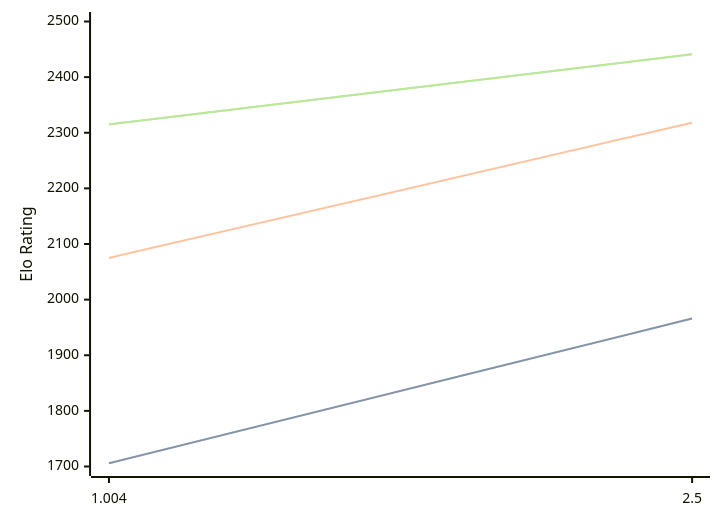
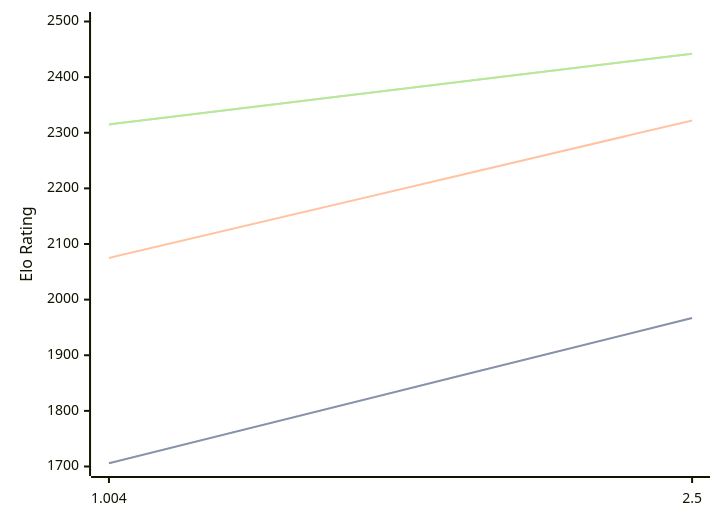
The diagram in engines/Ares.md (computer-chess-index/cci), drawn with Mermaid before and after one commit. The commit also changed other lines of this file, not shown here.

Commit message:
Update CCI Ratings (ELO VLTC) - 2026-08-27

````diff
--- a/engines/Ares.md
+++ b/engines/Ares.md
@@ -32,11 +32,11 @@
 ```mermaid
 %%{init: {"theme":"base","themeVariables":{"seriesColors:['#a3a3a3','#222221','#faa371']}}}%%
 xychart-beta
   x-axis ["1.004", "2.5"]
   y-axis "Elo Rating" 1700 --> 2500
-  line "STC (8.0+0.08s)" [1706, 1966]
-  line "STC (8.0+0.08s)" [1706, 1966]
-  line "LTC (60.0+0.60s)" [2075, 2318]
-  line "VLTC (2m24s+1.12s)" [2315, 2441]
-  line "VLTC (2m24s+1.12s)" [2315, 2441]
+  line "STC (8.0+0.08s)" [1706, 1967]
+  line "STC (8.0+0.08s)" [1706, 1967]
+  line "LTC (60.0+0.60s)" [2075, 2322]
+  line "VLTC (2m24s+1.12s)" [2315, 2442]
+  line "VLTC (2m24s+1.12s)" [2315, 2442]
 ```
````
